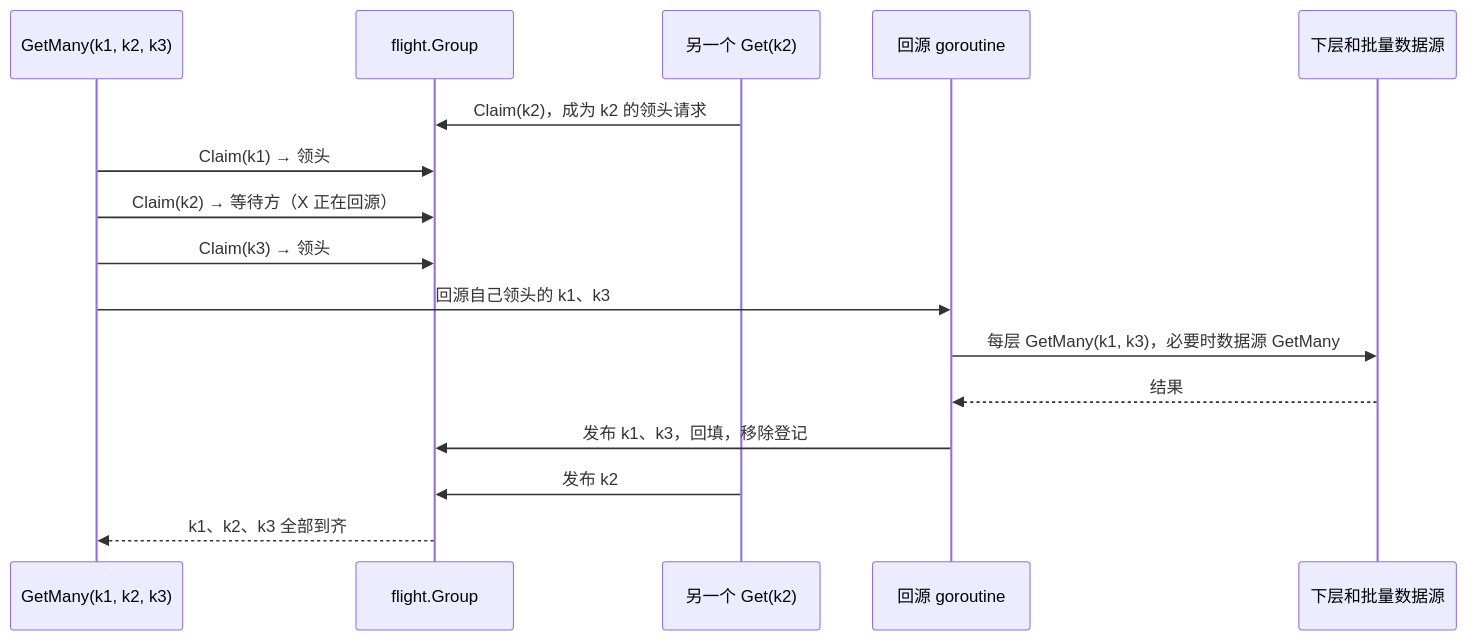
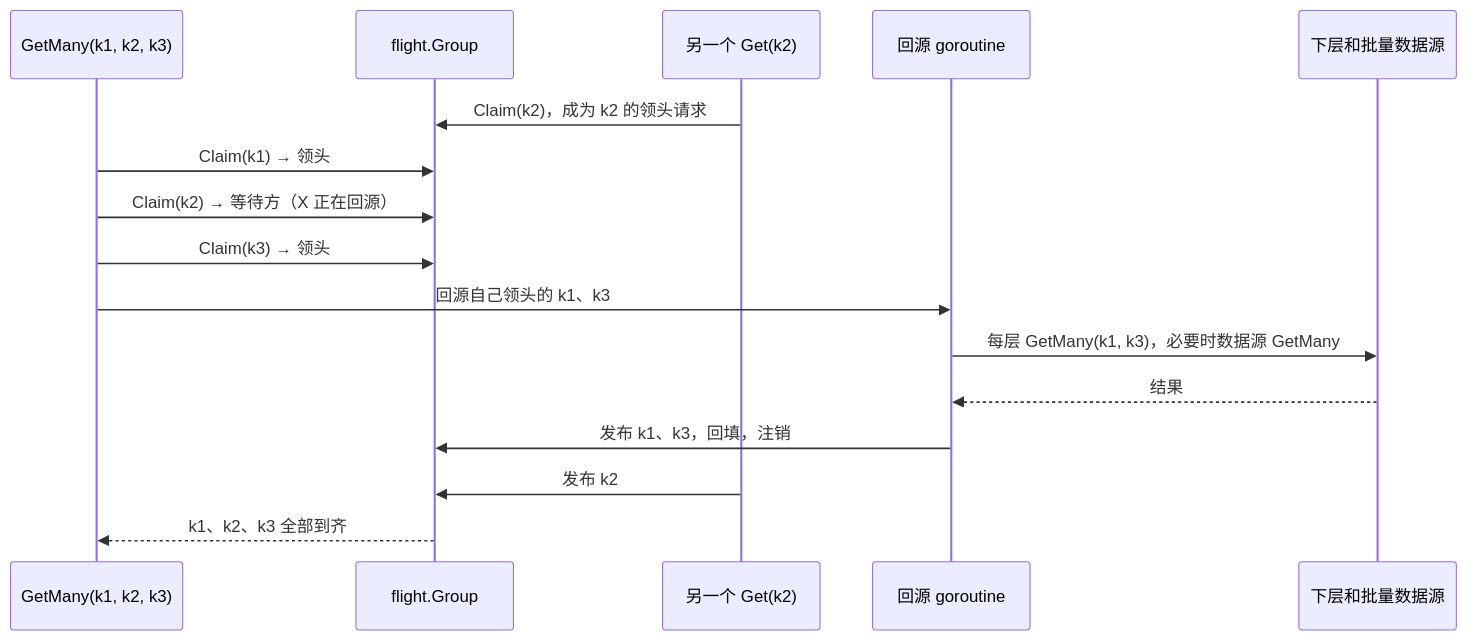
The second of 2 diagrams in docs/design/singleflight.md (theplant/cachex), drawn with Mermaid before and after one commit. The commit also changed other lines of this file and 7 other files, not shown here.

````diff
--- a/docs/design/singleflight.md
+++ b/docs/design/singleflight.md
@@ -141,18 +149,18 @@
 ```mermaid
 sequenceDiagram
     participant M as GetMany(k1, k2, k3)
     participant G as flight.Group
     participant X as 另一个 Get(k2)
     participant F as 回源 goroutine
     participant S as 下层和批量数据源
     X->>G: Claim(k2)，成为 k2 的领头请求
     M->>G: Claim(k1) → 领头
     M->>G: Claim(k2) → 等待方（X 正在回源）
     M->>G: Claim(k3) → 领头
     M->>F: 回源自己领头的 k1、k3
     F->>S: 每层 GetMany(k1, k3)，必要时数据源 GetMany
     S-->>F: 结果
-    F->>G: 发布 k1、k3，回填，移除登记
+    F->>G: 发布 k1、k3，回填，注销
     X->>G: 发布 k2
     G-->>M: k1、k2、k3 全部到齐
 ```
````
